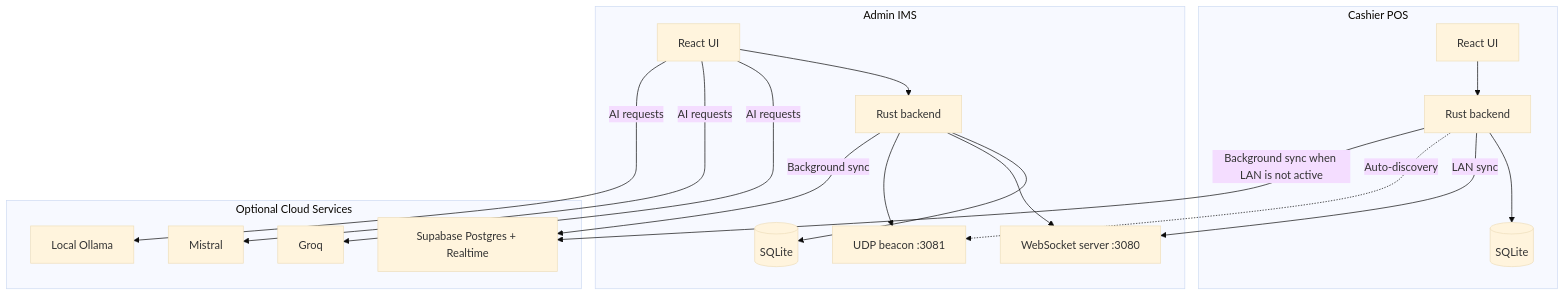
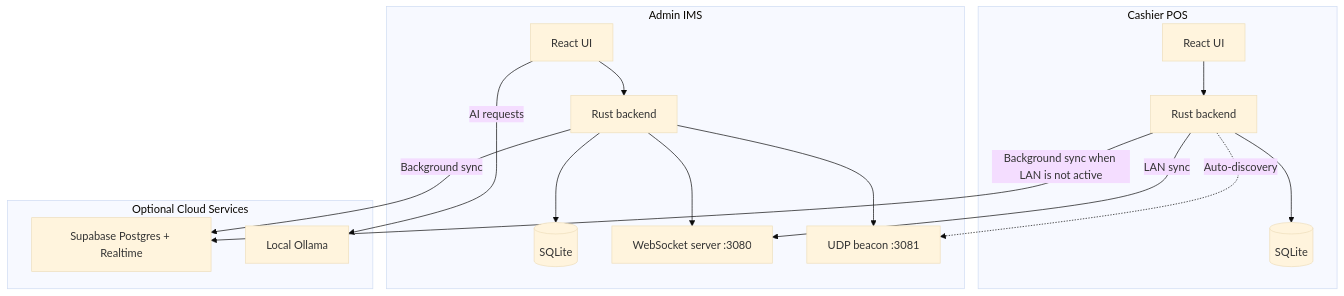
One commit to BootlegYouki/at-iba-pa-pos changed the first of 4 diagrams in docs/02-architecture.md. Above: the diagram before and after it, drawn with Mermaid (base theme). The commit also changed other lines of this file and 10 other files, not shown here.

````diff
--- a/docs/02-architecture.md
+++ b/docs/02-architecture.md
@@ -7,37 +7,33 @@
 ```mermaid
 graph TB
     subgraph CashierApp["Cashier POS"]
         CashierUI["React UI"]
         CashierRust["Rust backend"]
         CashierDB[("SQLite")]
         CashierUI --> CashierRust
         CashierRust --> CashierDB
     end
 
     subgraph AdminApp["Admin IMS"]
         AdminUI["React UI"]
         AdminRust["Rust backend"]
         AdminDB[("SQLite")]
         WSServer["WebSocket server :3080"]
         UDPBeacon["UDP beacon :3081"]
         AdminUI --> AdminRust
         AdminRust --> AdminDB
         AdminRust --> WSServer
         AdminRust --> UDPBeacon
     end
 
     subgraph Cloud["Optional Cloud Services"]
         Supabase["Supabase Postgres + Realtime"]
-        Groq["Groq"]
-        Mistral["Mistral"]
         Ollama["Local Ollama"]
     end
 
     CashierRust -->|"LAN sync"| WSServer
     CashierRust -.->|"Auto-discovery"| UDPBeacon
     AdminRust -->|"Background sync"| Supabase
     CashierRust -->|"Background sync when LAN is not active"| Supabase
-    AdminUI -->|"AI requests"| Groq
-    AdminUI -->|"AI requests"| Mistral
     AdminUI -->|"AI requests"| Ollama
 ```
````
